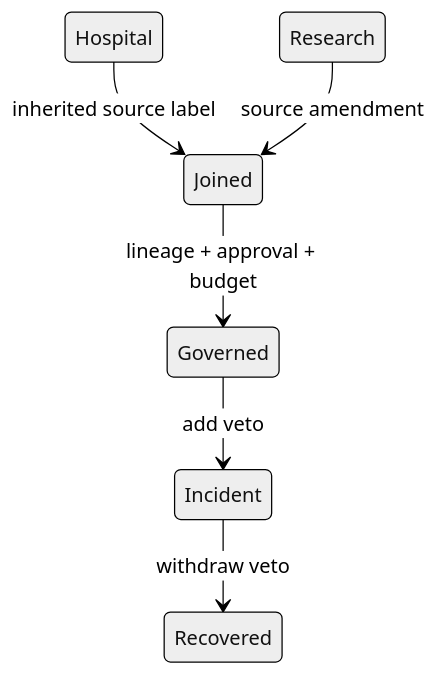
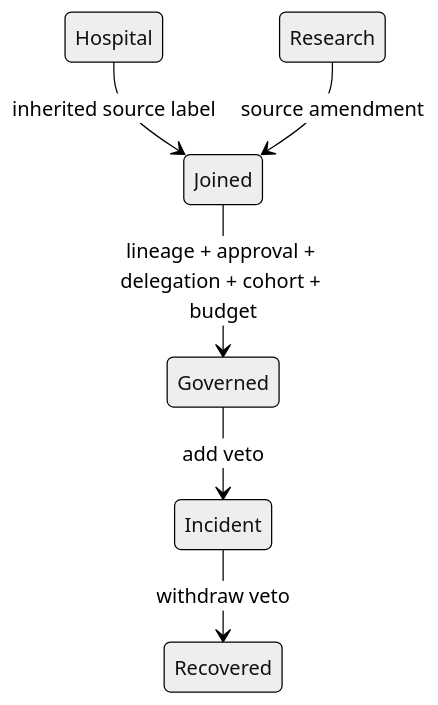
The diagram in Examples/Health/Pseudonymization/AgentDisclosure.org (tao3k/cedar-poo-spec), drawn with Mermaid (neutral theme) before and after one commit. The commit also changed other lines of this file and 8 other files, not shown here.

```diff
--- a/Examples/Health/Pseudonymization/AgentDisclosure.org
+++ b/Examples/Health/Pseudonymization/AgentDisclosure.org
@@ -34,8 +42,8 @@
 #+begin_src mermaid
 stateDiagram-v2
     Hospital --> Joined: inherited source label
     Research --> Joined: source amendment
-    Joined --> Governed: lineage + approval + budget
+    Joined --> Governed: lineage + approval + delegation + cohort + budget
     Governed --> Incident: add veto
     Incident --> Recovered: withdraw veto
 #+end_src
```
